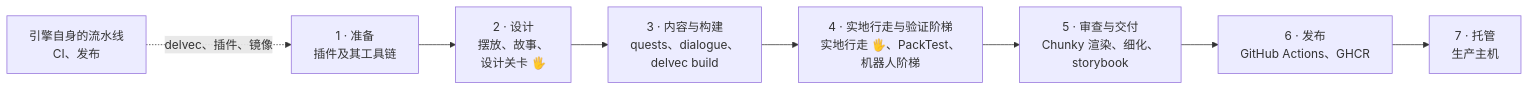
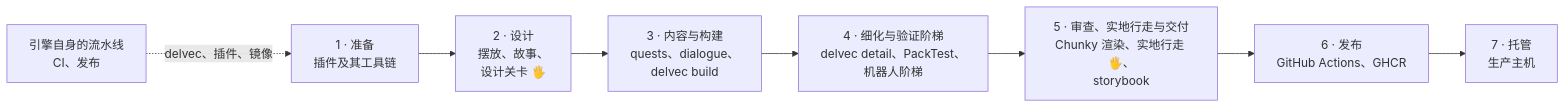
One commit to stellarfeline/delvewright changed the first of 9 diagrams in docs/how-it-works.zh-CN.md. Above: the diagram before and after it, drawn with Mermaid. The commit also changed other lines of this file and 23 other files, not shown here.

````diff
--- a/docs/how-it-works.zh-CN.md
+++ b/docs/how-it-works.zh-CN.md
@@ -9,10 +9,10 @@
 ```mermaid
 flowchart LR
     S["1 · 准备<br/>插件及其工具链"] --> D["2 · 设计<br/>摆放、故事、<br/>设计关卡 🖐"]
     D --> B["3 · 内容与构建<br/>quests、dialogue、<br/>delvec build"]
-    B --> V["4 · 实地行走与验证阶梯<br/>实地行走 🖐、PackTest、<br/>机器人阶梯"]
-    V --> R["5 · 审查与交付<br/>Chunky 渲染、细化、<br/>storybook"]
+    B --> V["4 · 细化与验证阶梯<br/>delvec detail、PackTest、<br/>机器人阶梯"]
+    V --> R["5 · 审查、实地行走与交付<br/>Chunky 渲染、实地行走 🖐、<br/>storybook"]
     R --> P["6 · 发布<br/>GitHub Actions、GHCR"]
     P --> H["7 · 托管<br/>生产主机"]
     E["引擎自身的流水线<br/>CI、发布"] -.->|"delvec、插件、镜像"| S
 ```
````
